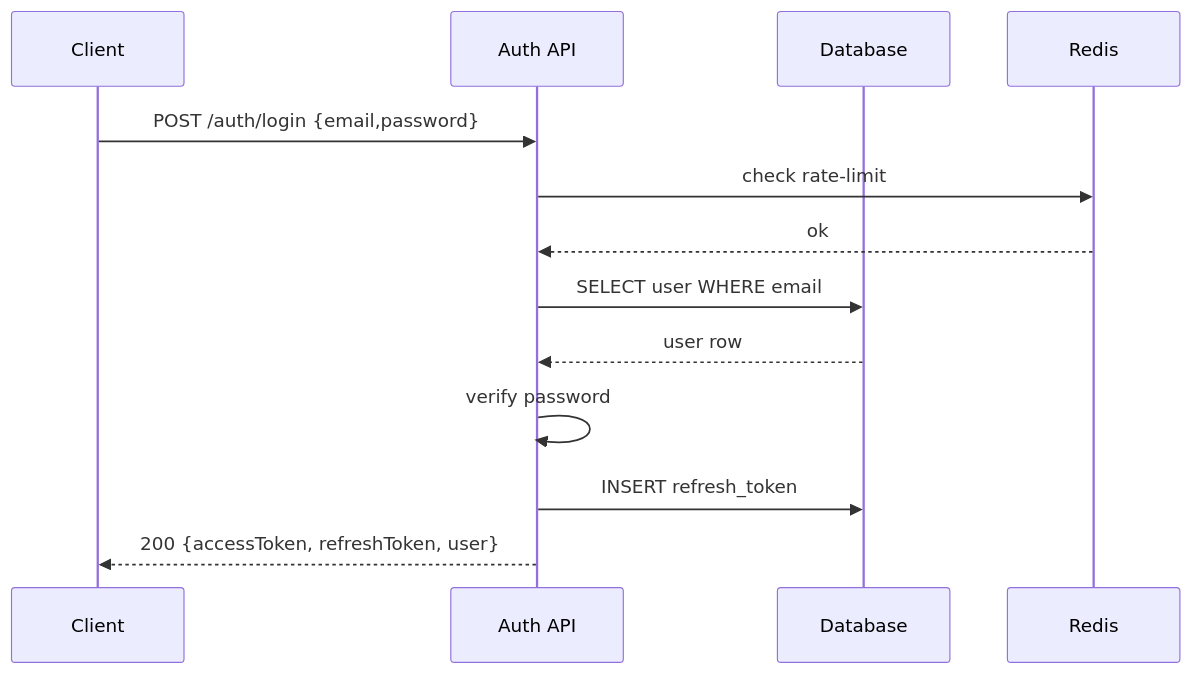
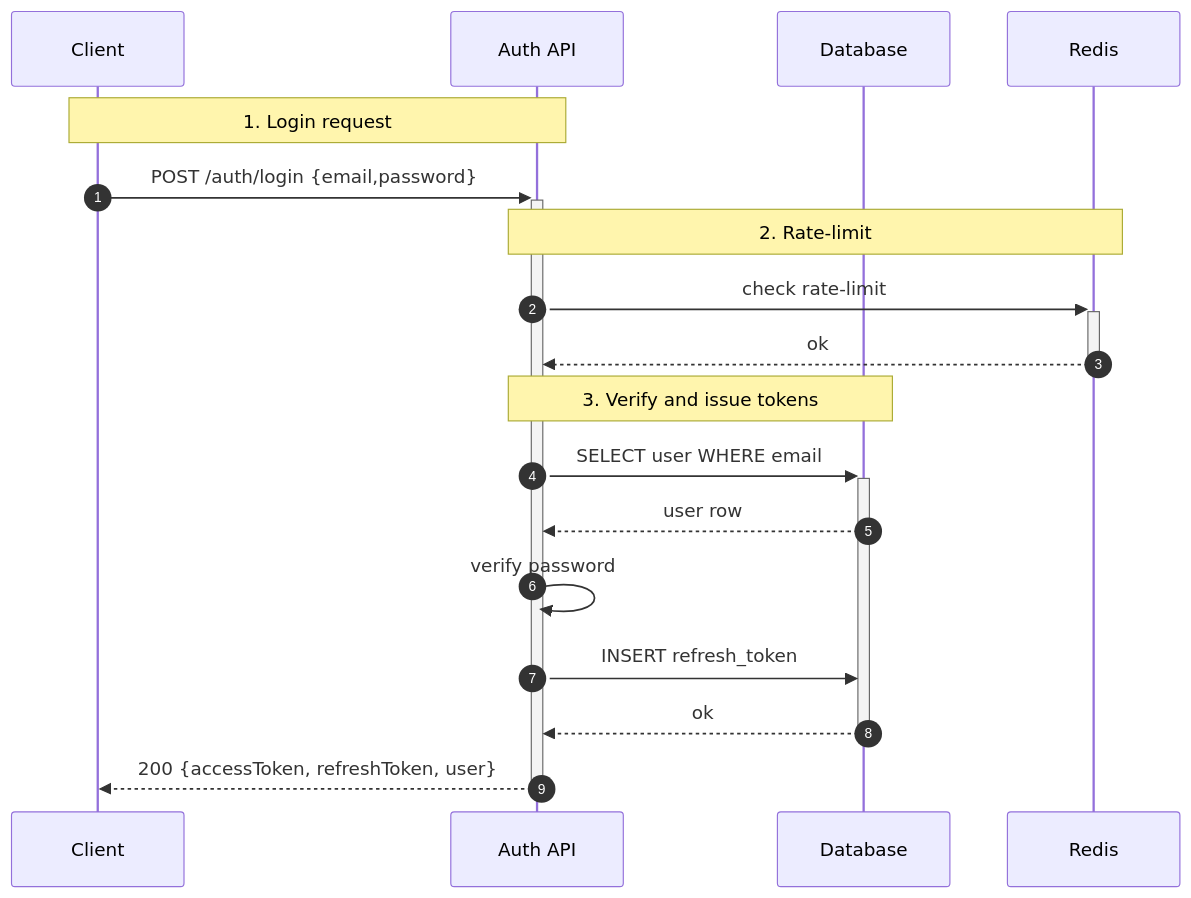
Before and after one commit to dinhhoang235/Chat-App: the diagram in docs/auth.md, drawn with Mermaid. The commit also changed 12 other files, not shown here.

Commit message:
docs: enhance sequence diagrams with detailed notes for various features

````diff
--- a/docs/auth.md
+++ b/docs/auth.md
@@ -28,16 +28,24 @@
 ```mermaid
 sequenceDiagram
+  autonumber
   participant C as Client
   participant A as Auth API
   participant DB as Database
   participant R as Redis
 
-  C->>A: POST /auth/login {email,password}
-  A->>R: check rate-limit
-  R-->>A: ok
-  A->>DB: SELECT user WHERE email
+  Note over C,A: 1. Login request
+  C->>+A: POST /auth/login {email,password}
+
+  Note over A,R: 2. Rate-limit
+  A->>+R: check rate-limit
+  R-->>-A: ok
+
+  Note over A,DB: 3. Verify and issue tokens
+  A->>+DB: SELECT user WHERE email
   DB-->>A: user row
   A->>A: verify password
   A->>DB: INSERT refresh_token
-  A-->>C: 200 {accessToken, refreshToken, user}
+  DB-->>-A: ok
+
+  A-->>-C: 200 {accessToken, refreshToken, user}
 ```
````
